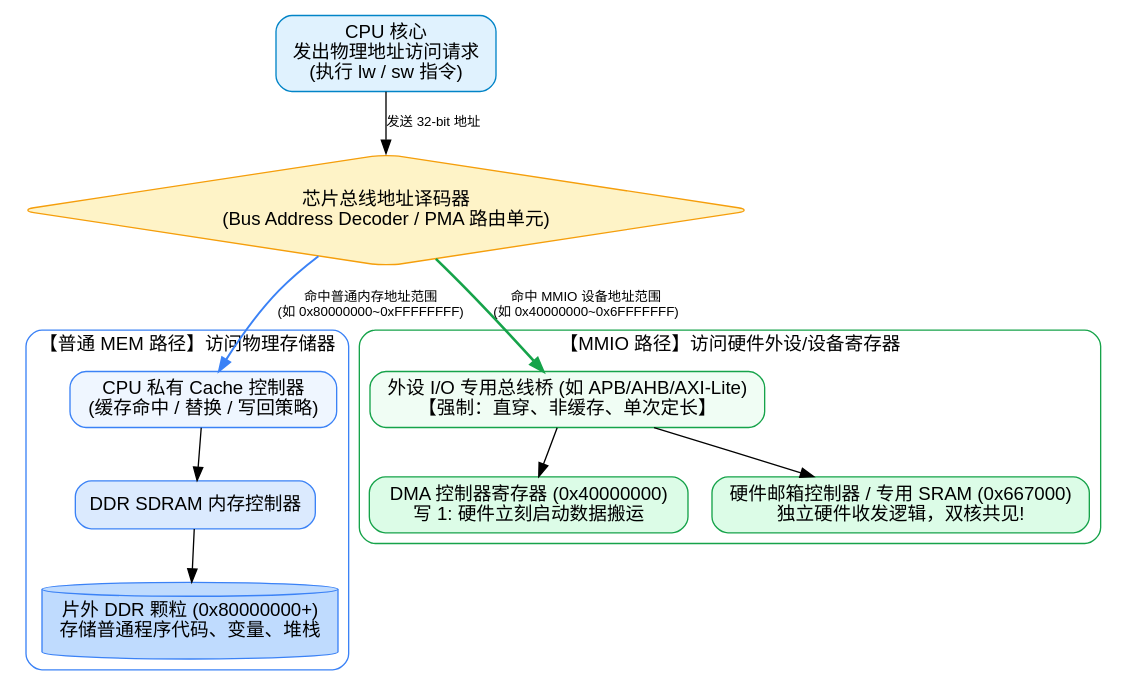
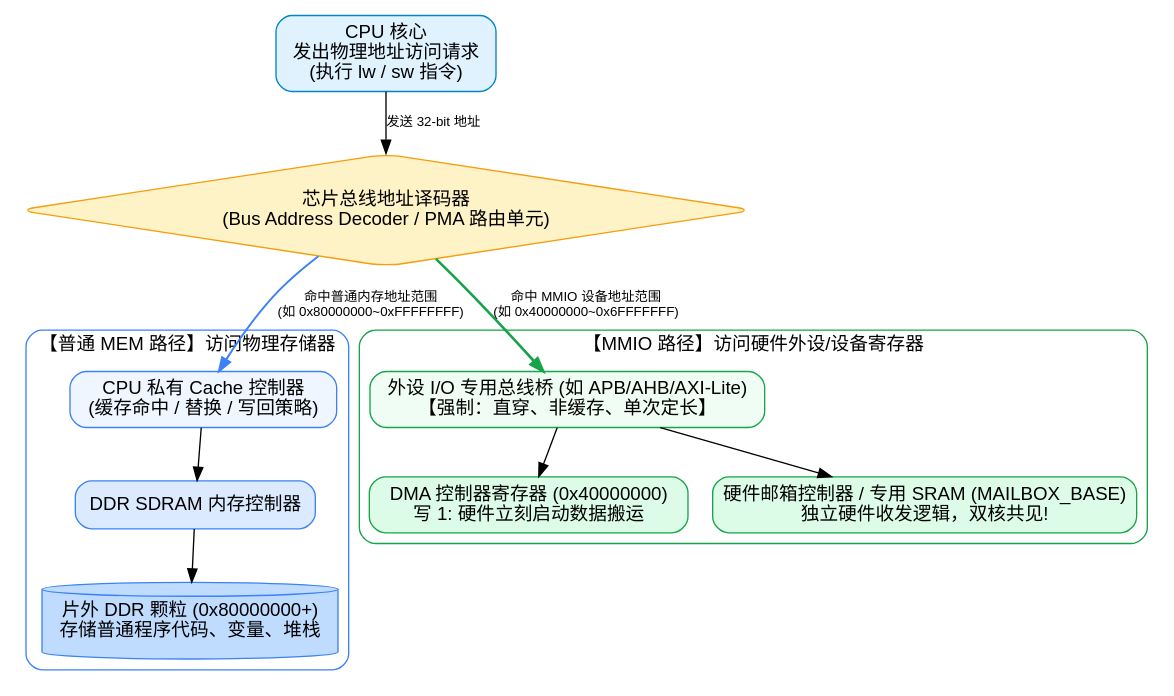
One commit to hqu-little-boy/blog changed the tenth of 12 diagrams in src/content/posts/heterogeneous-dual-core-communication-cache-coherence-and-mmio-guide.md. Above: the diagram before and after it, drawn with Graphviz. The commit also changed other lines of this file, not shown here.

````diff
--- a/src/content/posts/heterogeneous-dual-core-communication-cache-coherence-and-mmio-guide.md
+++ b/src/content/posts/heterogeneous-dual-core-communication-cache-coherence-and-mmio-guide.md
@@ -505,38 +505,38 @@
 ```dot
 digraph mmio_bus_routing {
     rankdir=TB;
     fontname="sans-serif";
     node [shape=box, style="filled,rounded", fontname="sans-serif", margin="0.15,0.08"];
     edge [fontname="sans-serif", fontsize=10];
 
     CPU [label="CPU 核心\n发出物理地址访问请求\n(执行 lw / sw 指令)", fillcolor="#e0f2fe", color="#0284c7"];
     DECODER [label="芯片总线地址译码器\n(Bus Address Decoder / PMA 路由单元)", shape=diamond, fillcolor="#fef3c7", color="#f59e0b"];
 
     subgraph cluster_mem_path {
         label = "【普通 MEM 路径】访问物理存储器";
         style = "rounded";
         color = "#3b82f6";
         MEM_CACHE [label="CPU 私有 Cache 控制器\n(缓存命中 / 替换 / 写回策略)", fillcolor="#eff6ff", color="#3b82f6"];
         DDR_CTRL [label="DDR SDRAM 内存控制器", fillcolor="#dbeafe", color="#3b82f6"];
         DDR_CHIP [label="片外 DDR 颗粒 (0x80000000+)\n存储普通程序代码、变量、堆栈", shape=cylinder, fillcolor="#bfdbfe", color="#3b82f6"];
 
         MEM_CACHE -> DDR_CTRL -> DDR_CHIP;
     }
 
     subgraph cluster_mmio_path {
         label = "【MMIO 路径】访问硬件外设/设备寄存器";
         style = "rounded";
         color = "#16a34a";
         MMIO_BUS [label="外设 I/O 专用总线桥 (如 APB/AHB/AXI-Lite)\n【强制：直穿、非缓存、单次定长】", fillcolor="#f0fdf4", color="#16a34a"];
         REG_DMA  [label="DMA 控制器寄存器 (0x40000000)\n写 1: 硬件立刻启动数据搬运", fillcolor="#dcfce7", color="#16a34a"];
-        REG_MBOX [label="硬件邮箱控制器 / 专用 SRAM (0x667000)\n独立硬件收发逻辑，双核共见!", fillcolor="#dcfce7", color="#16a34a"];
+        REG_MBOX [label="硬件邮箱控制器 / 专用 SRAM (MAILBOX_BASE)\n独立硬件收发逻辑，双核共见!", fillcolor="#dcfce7", color="#16a34a"];
 
         MMIO_BUS -> REG_DMA;
         MMIO_BUS -> REG_MBOX;
     }
 
     CPU -> DECODER [label="发送 32-bit 地址"];
     DECODER -> MEM_CACHE [label="命中普通内存地址范围\n(如 0x80000000~0xFFFFFFFF)", color="#3b82f6", penwidth=1.5];
     DECODER -> MMIO_BUS [label="命中 MMIO 设备地址范围\n(如 0x40000000~0x6FFFFFFF)", color="#16a34a", penwidth=2];
 }
 ```
````
